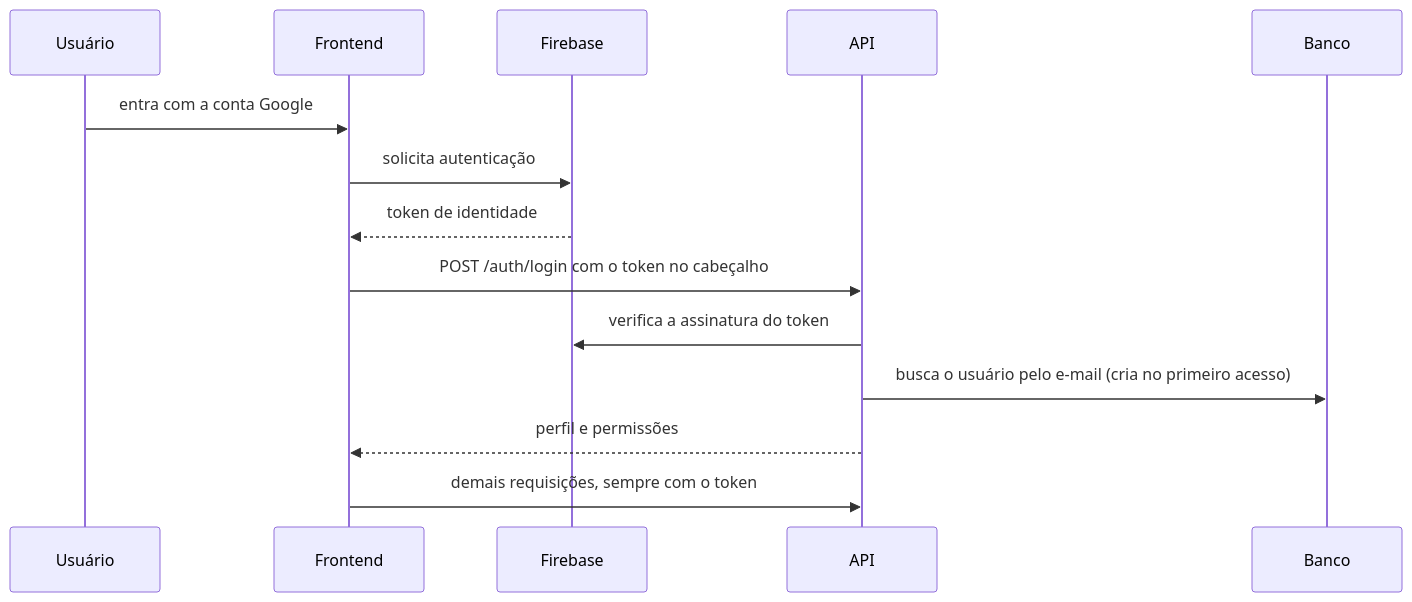
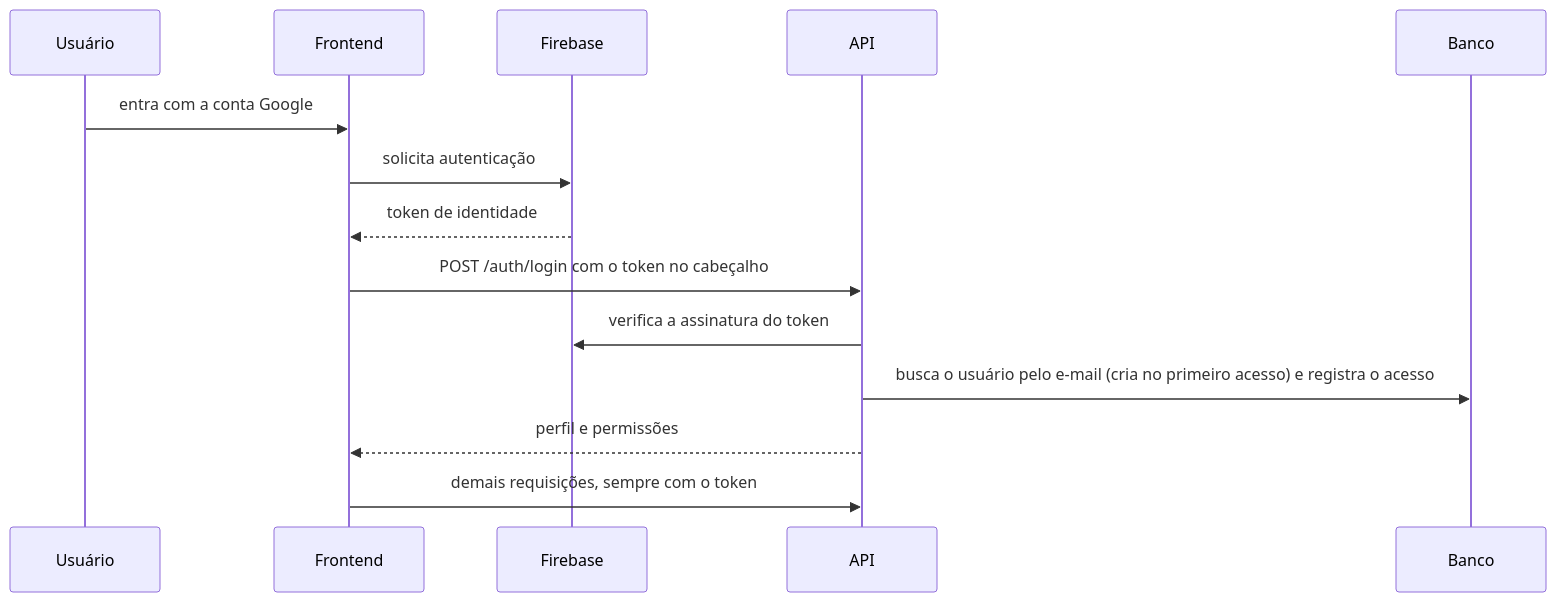
The second of 3 diagrams in docs/arquitetura.md (ifvest-project/ifvest-docs), drawn with Mermaid before and after one commit. The commit also changed other lines of this file and 23 other files, not shown here.

````diff
--- a/docs/arquitetura.md
+++ b/docs/arquitetura.md
@@ -164,17 +164,17 @@
 ```mermaid
 sequenceDiagram
     participant U as Usuário
     participant W as Frontend
     participant F as Firebase
     participant A as API
     participant D as Banco
 
     U->>W: entra com a conta Google
     W->>F: solicita autenticação
     F-->>W: token de identidade
     W->>A: POST /auth/login com o token no cabeçalho
     A->>F: verifica a assinatura do token
-    A->>D: busca o usuário pelo e-mail (cria no primeiro acesso)
+    A->>D: busca o usuário pelo e-mail (cria no primeiro acesso) e registra o acesso
     A-->>W: perfil e permissões
     W->>A: demais requisições, sempre com o token
 ```
````
